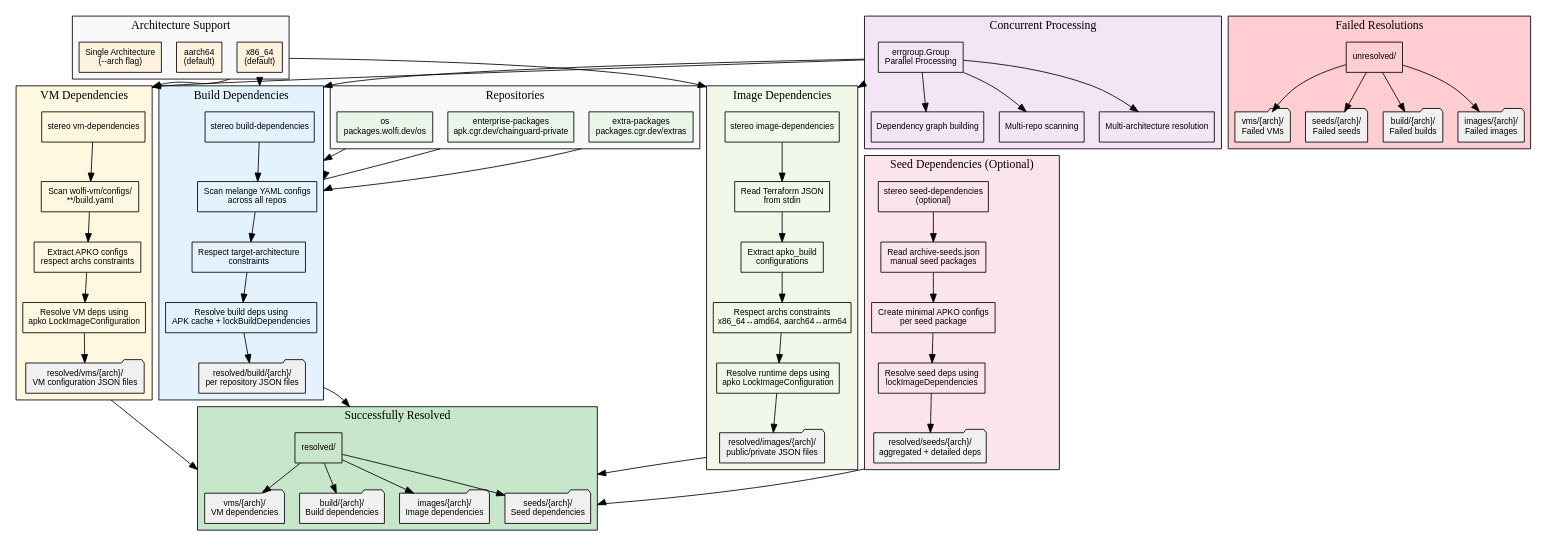
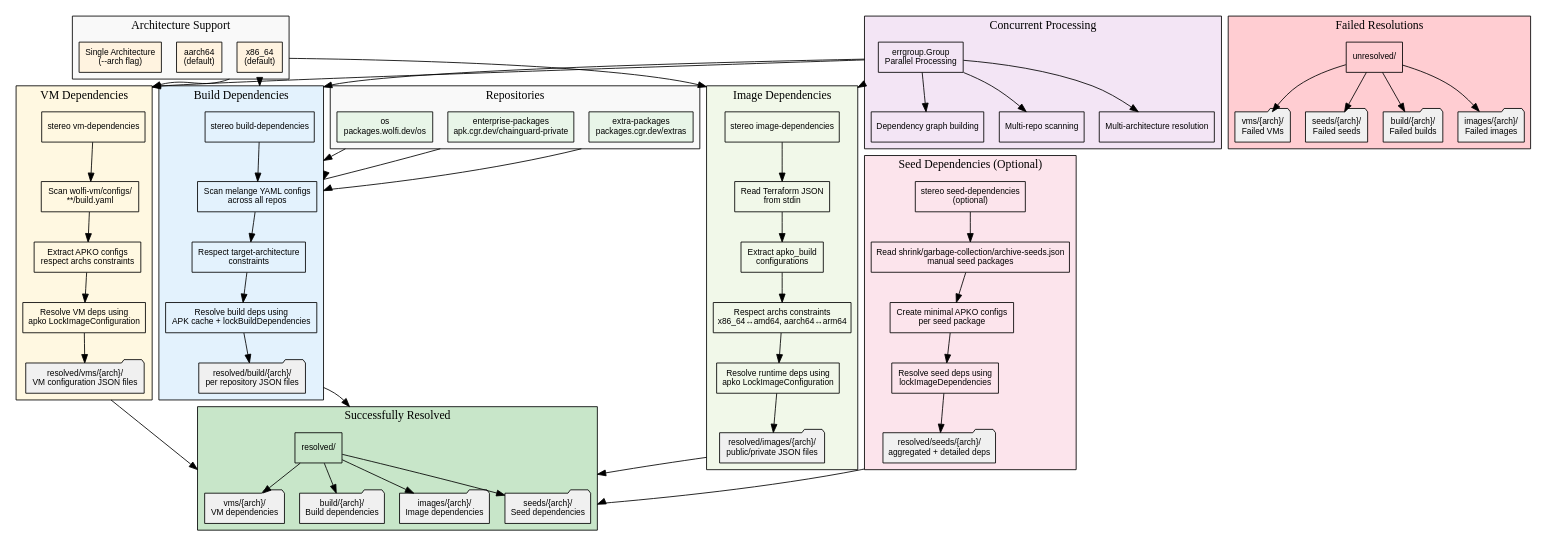
The diagram in docs/diagrams/02-dependencies-resolution.md (EyeCantCU/os), drawn with Graphviz before and after one commit. The commit also changed 6 other files, not shown here.

First line of the commit message:
garbage-collection: add customer filter

```diff
--- a/docs/diagrams/02-dependencies-resolution.md
+++ b/docs/diagrams/02-dependencies-resolution.md
@@ -82,7 +82,7 @@
         fillcolor="#fce4ec";
 
         SD [label="stereo seed-dependencies\n(optional)", fillcolor="#fce4ec"];
-        SD1 [label="Read archive-seeds.json\nmanual seed packages", fillcolor="#fce4ec"];
+        SD1 [label="Read shrink/garbage-collection/archive-seeds.json\nmanual seed packages", fillcolor="#fce4ec"];
         SD2 [label="Create minimal APKO configs\nper seed package", fillcolor="#fce4ec"];
         SD3 [label="Resolve seed deps using\nlockImageDependencies", fillcolor="#fce4ec"];
         SD4 [label="resolved/seeds/{arch}/\naggregated + detailed deps", shape=folder, fillcolor="#f0f0f0"];
```
